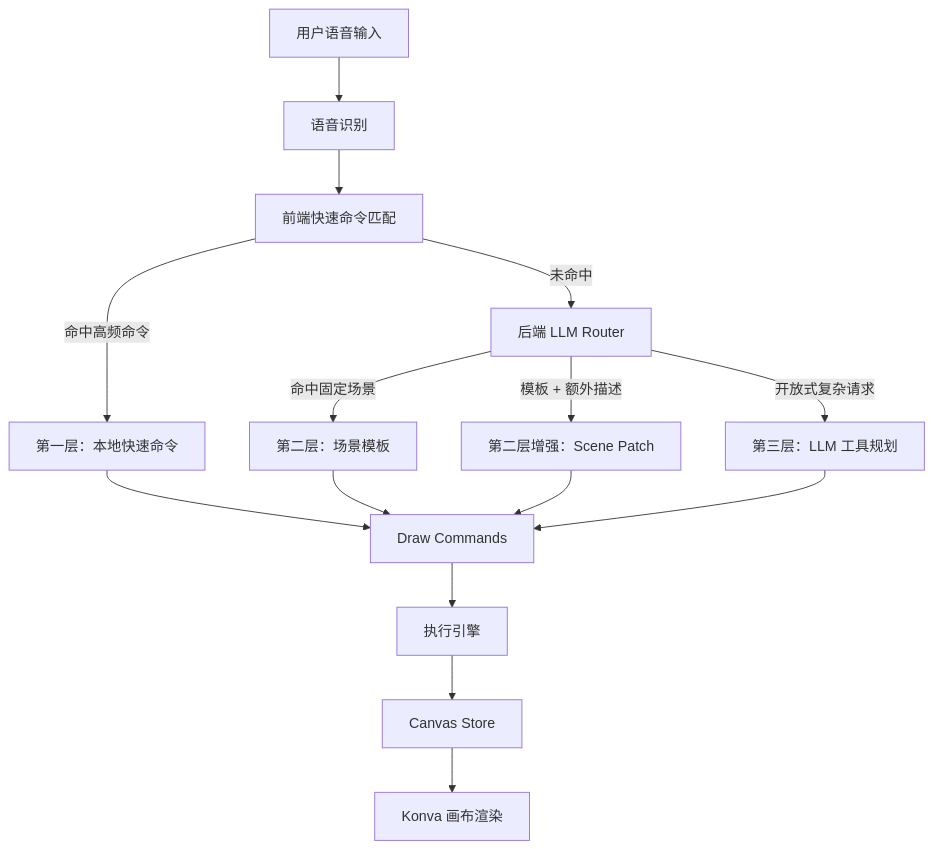
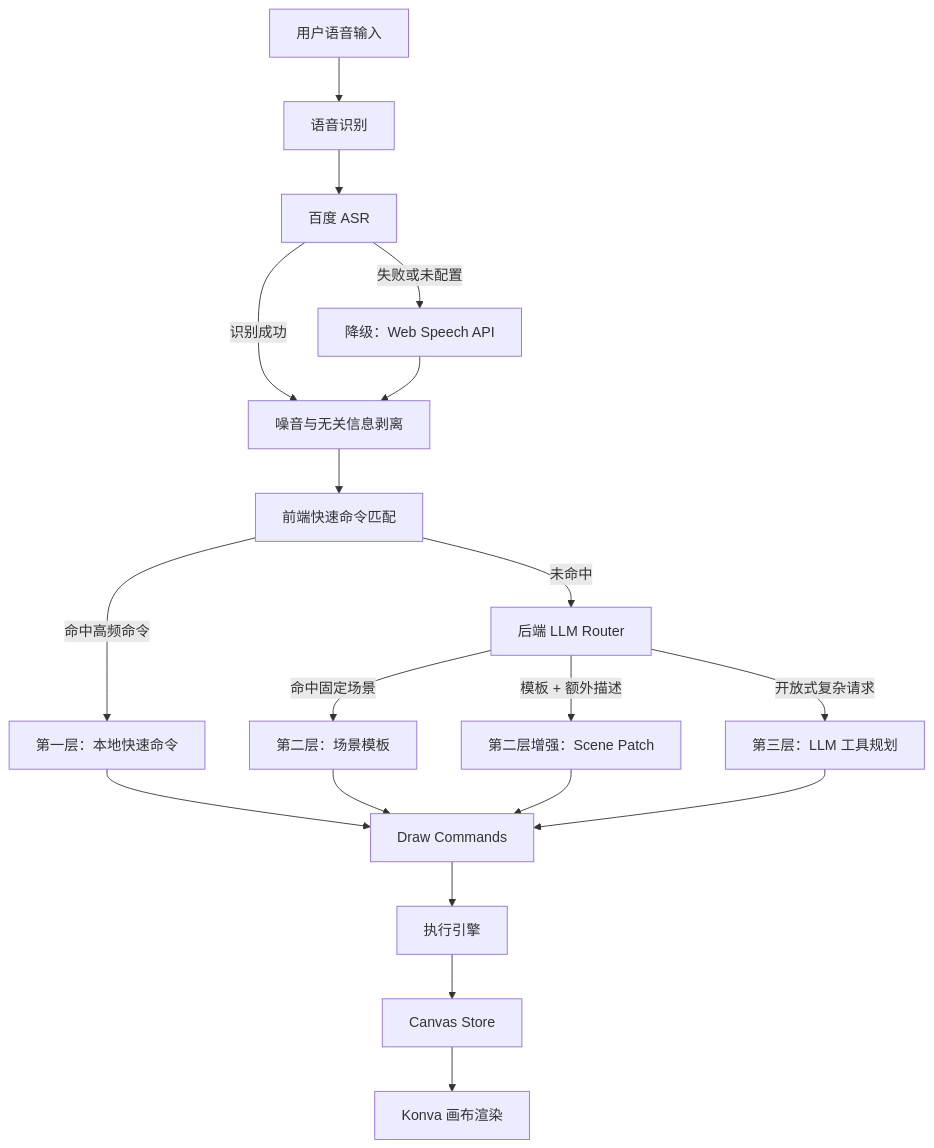
The first of 2 diagrams in README.md (bird07717/voice-canvas), drawn with Mermaid before and after one commit. The commit also changed other lines of this file and 1 other file, not shown here.

````diff
--- a/README.md
+++ b/README.md
@@ -37,21 +37,25 @@
 ```mermaid
 flowchart TD
     A["用户语音输入"] --> B["语音识别"]
-    B --> C["前端快速命令匹配"]
+    B --> B1["百度 ASR"]
+    B1 -->|失败或未配置| B2["降级：Web Speech API"]
+    B1 -->|识别成功| B3["噪音与无关信息剥离"]
+    B2 --> B3
+    B3 --> C["前端快速命令匹配"]
 
     C -->|命中高频命令| D["第一层：本地快速命令"]
     C -->|未命中| E["后端 LLM Router"]
 
     E -->|命中固定场景| F["第二层：场景模板"]
     E -->|模板 + 额外描述| G["第二层增强：Scene Patch"]
     E -->|开放式复杂请求| H["第三层：LLM 工具规划"]
 
     D --> I["Draw Commands"]
     F --> I
     G --> I
     H --> I
 
     I --> J["执行引擎"]
     J --> K["Canvas Store"]
     K --> L["Konva 画布渲染"]
 ```
````
